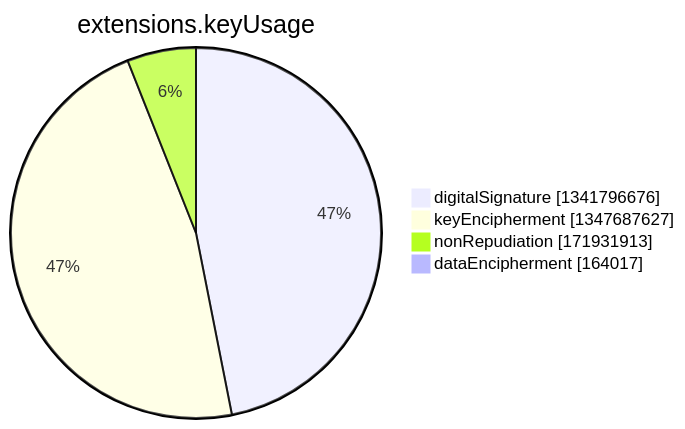
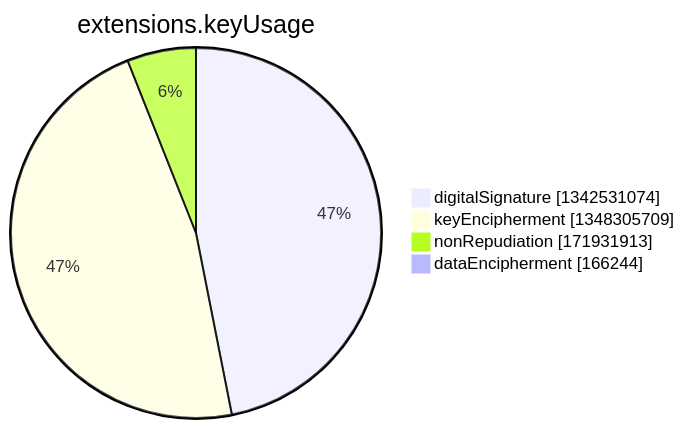
One commit to christiankrug/ctmonitor_visualization changed the seventh of 15 diagrams in argon2022/README.md. Above: the diagram before and after it, drawn with Mermaid. The commit also changed other lines of this file, not shown here.

````diff
--- a/argon2022/README.md
+++ b/argon2022/README.md
@@ -2750,8 +2750,8 @@
 ```mermaid
 pie showData
 title extensions.keyUsage
-"digitalSignature" :1341796676
-"keyEncipherment" :1347687627
+"digitalSignature" :1342531074
+"keyEncipherment" :1348305709
 "nonRepudiation" :171931913
-"dataEncipherment" :164017
+"dataEncipherment" :166244
 ```
````
